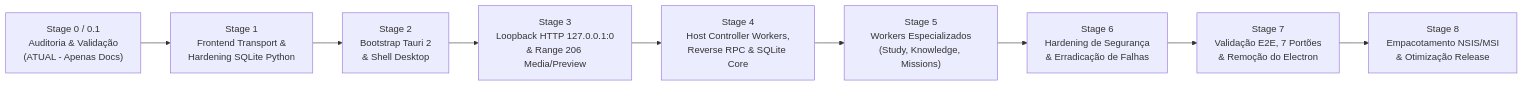
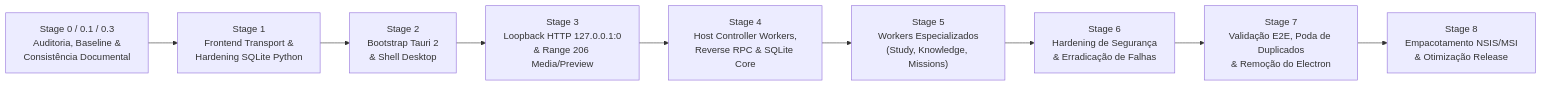
One commit to joaofarys200/ai-company-orchestrator changed the diagram in docs/architecture/TAURI_MIGRATION_ROADMAP.md. Above: the diagram before and after it, drawn with Mermaid. The commit also changed other lines of this file and 8 other files, not shown here.

Commit message:
docs(architecture): Stage 0.3 final baseline and architectural reconciliation

````diff
--- a/docs/architecture/TAURI_MIGRATION_ROADMAP.md
+++ b/docs/architecture/TAURI_MIGRATION_ROADMAP.md
@@ -10,11 +10,11 @@
 ```mermaid
 flowchart LR
-    S0["Stage 0 / 0.1\nAuditoria &amp; Validação\n(ATUAL - Apenas Docs)"] --> S1["Stage 1\nFrontend Transport &amp;\nHardening SQLite Python"]
+    S0["Stage 0 / 0.1 / 0.3\nAuditoria, Baseline &amp;\nConsistência Documental"] --> S1["Stage 1\nFrontend Transport &amp;\nHardening SQLite Python"]
     S1 --> S2["Stage 2\nBootstrap Tauri 2\n&amp; Shell Desktop"]
     S2 --> S3["Stage 3\nLoopback HTTP 127.0.0.1:0\n&amp; Range 206 Media/Preview"]
     S3 --> S4["Stage 4\nHost Controller Workers,\nReverse RPC &amp; SQLite Core"]
     S4 --> S5["Stage 5\nWorkers Especializados\n(Study, Knowledge, Missions)"]
     S5 --> S6["Stage 6\nHardening de Segurança\n&amp; Erradicação de Falhas"]
-    S6 --> S7["Stage 7\nValidação E2E, 7 Portões\n&amp; Remoção do Electron"]
+    S6 --> S7["Stage 7\nValidação E2E, Poda de Duplicados\n&amp; Remoção do Electron"]
     S7 --> S8["Stage 8\nEmpacotamento NSIS/MSI\n&amp; Otimização Release"]
 ```
````
